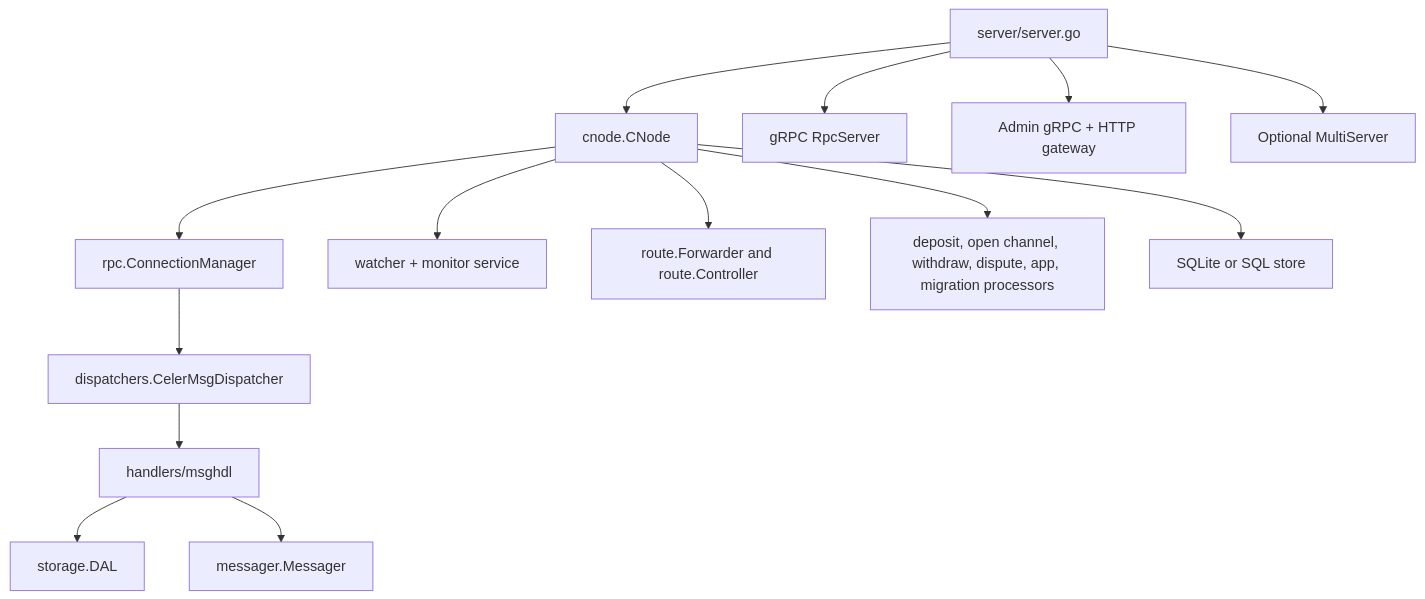
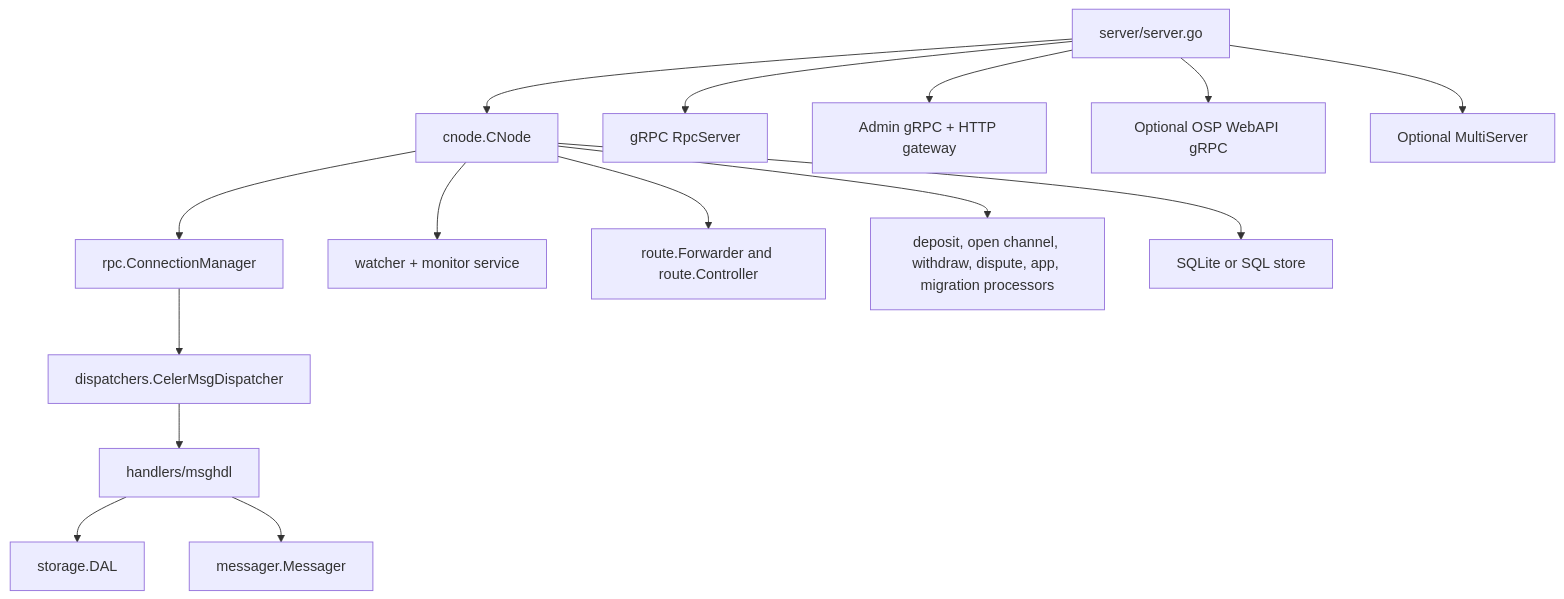
Before and after one commit to celer-network/agent-pay: the diagram in docs/backend-implementation.md, drawn with Mermaid. The commit also changed other lines of this file and 25 other files, not shown here.

````diff
--- a/docs/backend-implementation.md
+++ b/docs/backend-implementation.md
@@ -19,18 +19,19 @@
 ```mermaid
 flowchart TD
     Server[server/server.go] --> CNode[cnode.CNode]
     Server --> Rpc[gRPC RpcServer]
     Server --> Admin[Admin gRPC + HTTP gateway]
+    Server --> OspWebApi[Optional OSP WebAPI gRPC]
     Server --> Multi[Optional MultiServer]
 
     CNode --> Conn[rpc.ConnectionManager]
     Conn --> Dispatcher[dispatchers.CelerMsgDispatcher]
     Dispatcher --> Handlers[handlers/msghdl]
     Handlers --> DAL[storage.DAL]
     Handlers --> Messager[messager.Messager]
 
     CNode --> Monitor[watcher + monitor service]
     CNode --> Route[route.Forwarder and route.Controller]
     CNode --> Proc[deposit, open channel, withdraw, dispute, app, migration processors]
     CNode --> Store[SQLite or SQL store]
 ```
````
